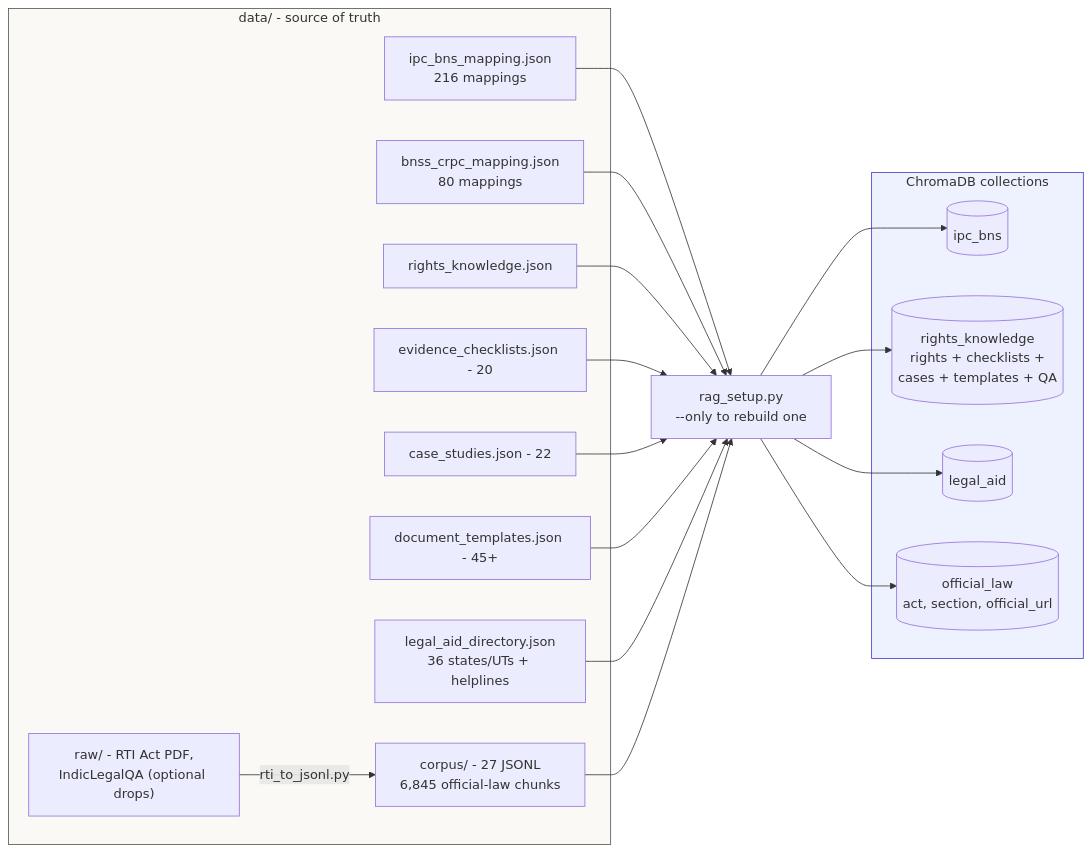
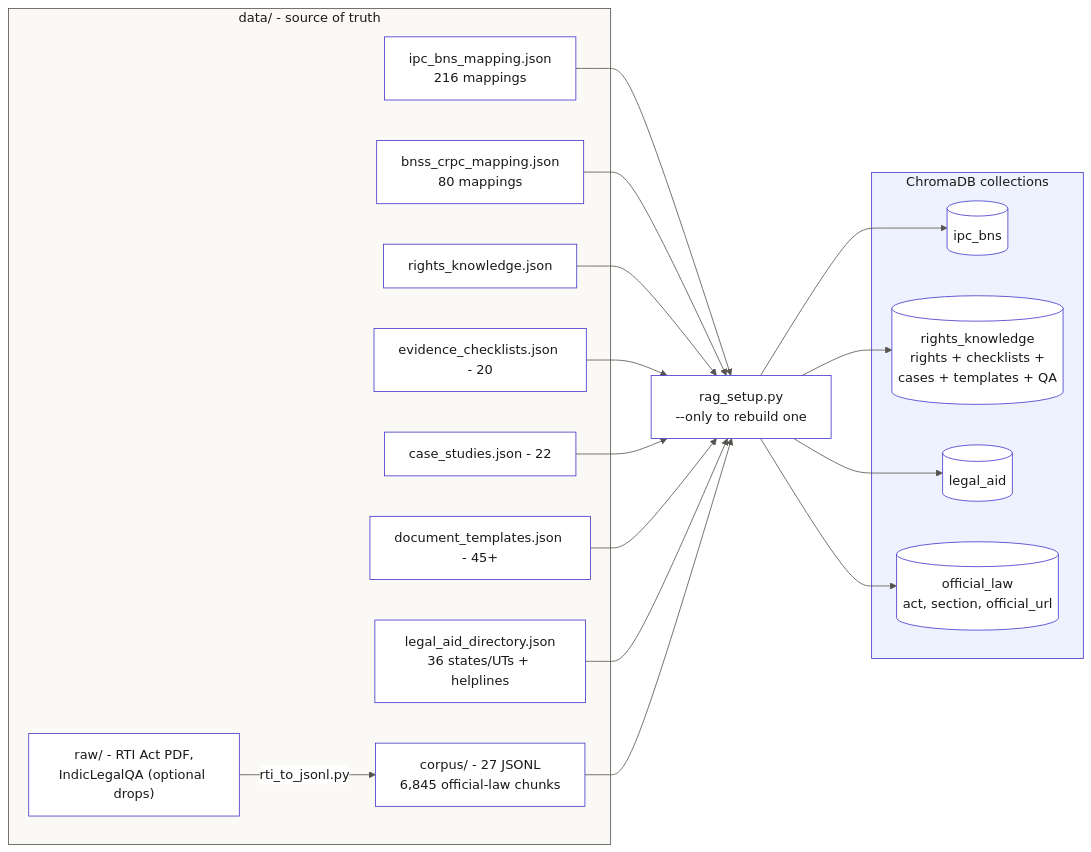
The third of 9 diagrams in docs/ARCHITECTURE.md (MAsTeRlssPd/AdhiKaar), drawn with Mermaid before and after one commit. The commit also changed other lines of this file and 1 other file, not shown here.

First line of the commit message:
Fix mermaid diagram contrast in GitHub light and dark mode

````diff
--- a/docs/ARCHITECTURE.md
+++ b/docs/ARCHITECTURE.md
@@ -232,41 +234,42 @@
 ```mermaid
+%%{init: {'theme':'base','themeVariables':{'background':'#FFFFFF','primaryColor':'#EEF2FF','primaryTextColor':'#1C1917','primaryBorderColor':'#4338CA','secondaryColor':'#FAF9F6','tertiaryColor':'#FFFFFF','lineColor':'#57534E','textColor':'#1C1917','mainBkg':'#FFFFFF','nodeBorder':'#4338CA','clusterBkg':'#FFFFFF','clusterBorder':'#4338CA','edgeLabelBackground':'#FFFFFF','actorBkg':'#EEF2FF','actorTextColor':'#1C1917','actorBorder':'#4338CA','signalColor':'#1C1917','signalTextColor':'#1C1917','noteBkgColor':'#FEF3C7','noteTextColor':'#1C1917','noteBorderColor':'#F59E0B','labelBoxBkgColor':'#EEF2FF','labelTextColor':'#1C1917','sequenceNumberColor':'#FFFFFF'}}}%%
 graph LR
     subgraph SRC["data/ - source of truth"]
         A1["ipc_bns_mapping.json<br/>216 mappings"]
         A2["bnss_crpc_mapping.json<br/>80 mappings"]
         A3["rights_knowledge.json"]
         A4["evidence_checklists.json - 20"]
         A5["case_studies.json - 22"]
         A6["document_templates.json - 45+"]
         A7["legal_aid_directory.json<br/>36 states/UTs + helplines"]
         A8["corpus/ - 27 JSONL<br/>6,845 official-law chunks"]
         A9["raw/ - RTI Act PDF,<br/>IndicLegalQA (optional drops)"]
     end
 
     RS["rag_setup.py<br/>--only to rebuild one"]
 
     subgraph COLS["ChromaDB collections"]
         C1[("ipc_bns")]
         C2[("rights_knowledge<br/>rights + checklists +<br/>cases + templates + QA")]
         C3[("legal_aid")]
         C4[("official_law<br/>act, section, official_url")]
     end
 
     A1 --> RS
     A2 --> RS
     A3 --> RS
     A4 --> RS
     A5 --> RS
     A6 --> RS
     A7 --> RS
     A8 --> RS
     A9 -->|"rti_to_jsonl.py"| A8
 
     RS --> C1
     RS --> C2
     RS --> C3
     RS --> C4
 
-    style COLS fill:#EEF2FF,stroke:#4338CA
-    style SRC fill:#FAF9F6,stroke:#57534E
+    style COLS fill:#EEF2FF,stroke:#4338CA,color:#1C1917
+    style SRC fill:#FAF9F6,stroke:#57534E,color:#1C1917
 ```
````
